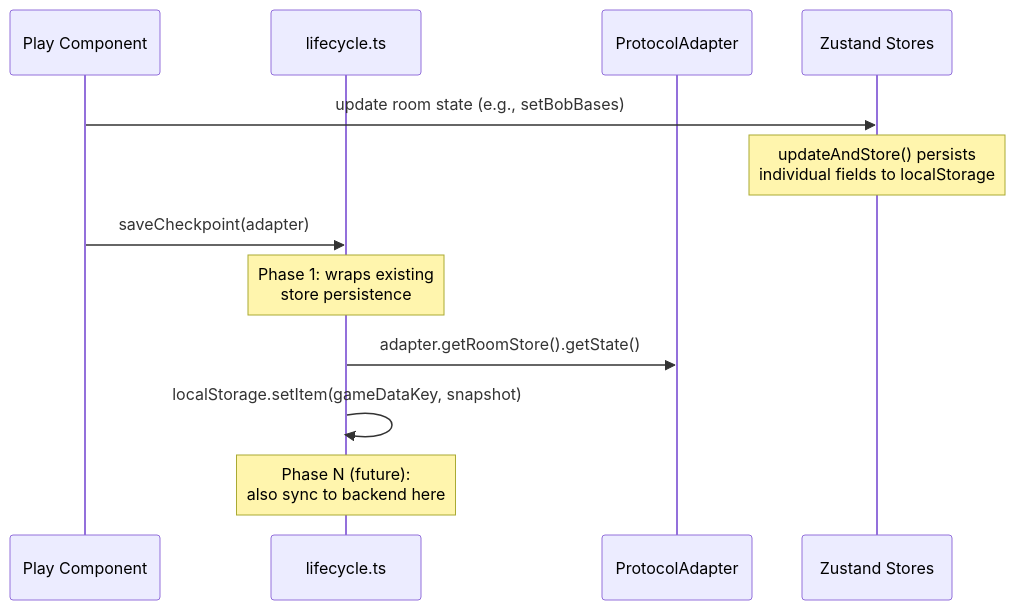
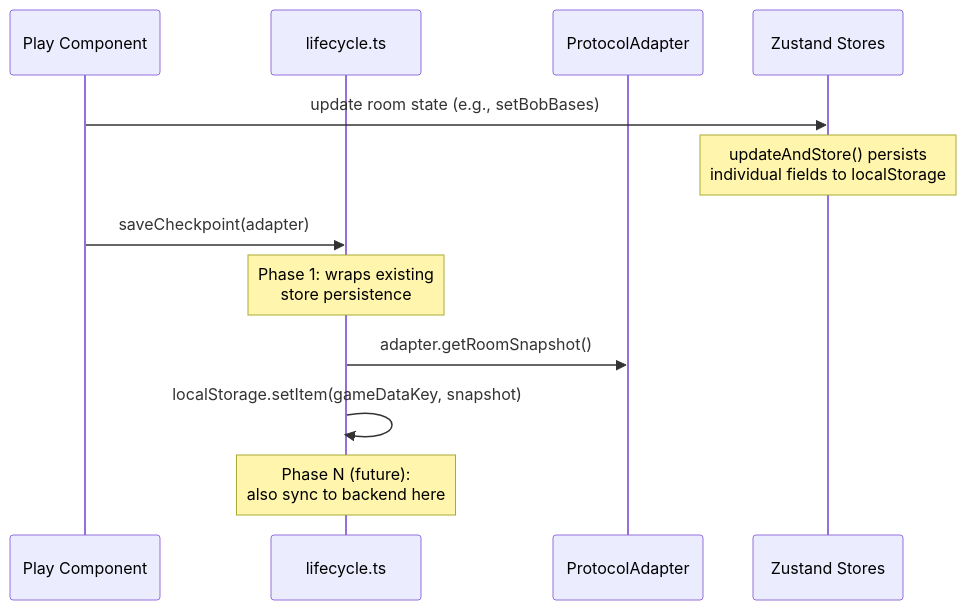
The fourth of 7 diagrams in docs/shared-protocol-lifecycle-adr.md (algolab-quantique/quantumcrypto-frontend), drawn with Mermaid before and after one commit. The commit also changed other lines of this file and 1 other file, not shown here.

Commit message:
docs: align lifecycle ADR with snapshot adapter

````diff
--- a/docs/shared-protocol-lifecycle-adr.md
+++ b/docs/shared-protocol-lifecycle-adr.md
@@ -296,16 +295,16 @@
 ```mermaid
 sequenceDiagram
     participant Component as Play Component
     participant Lifecycle as lifecycle.ts
     participant Adapter as ProtocolAdapter
     participant Store as Zustand Stores
 
     Component->>Store: update room state (e.g., setBobBases)
     Note over Store: updateAndStore() persists<br/>individual fields to localStorage
 
     Component->>Lifecycle: saveCheckpoint(adapter)
     Note over Lifecycle: Phase 1: wraps existing<br/>store persistence
-    Lifecycle->>Adapter: adapter.getRoomStore().getState()
+    Lifecycle->>Adapter: adapter.getRoomSnapshot()
     Lifecycle->>Lifecycle: localStorage.setItem(gameDataKey, snapshot)
     Note over Lifecycle: Phase N (future):<br/>also sync to backend here
 ```
````
